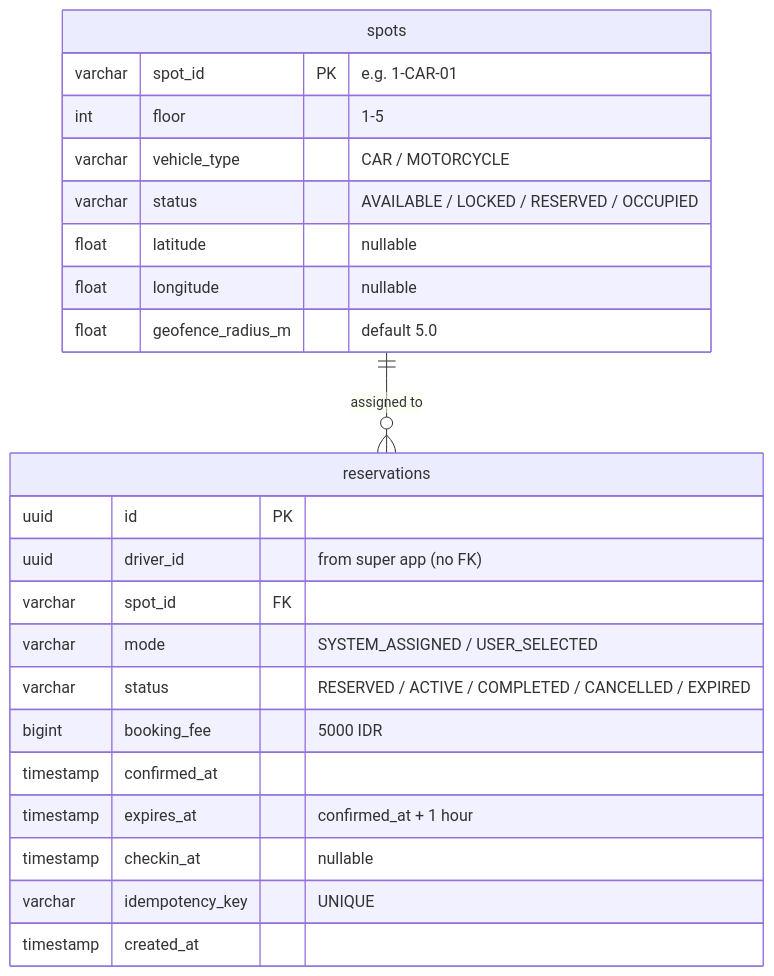
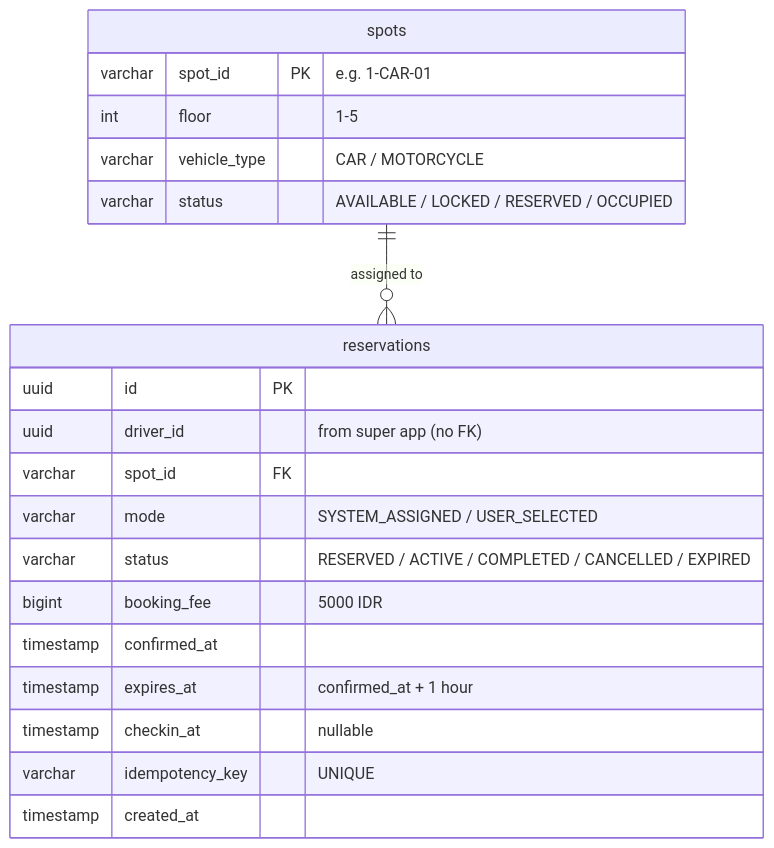
One commit to ParkirPintar/parkir-pintar-backend changed diagram 20 of 23 in README.md. Above: the diagram before and after it, drawn with Mermaid. The commit also changed other lines of this file and 28 other files, not shown here.

````diff
--- a/README.md
+++ b/README.md
@@ -1383,28 +1404,25 @@
 ```mermaid
 erDiagram
     spots {
         varchar spot_id PK "e.g. 1-CAR-01"
         int floor "1-5"
         varchar vehicle_type "CAR / MOTORCYCLE"
         varchar status "AVAILABLE / LOCKED / RESERVED / OCCUPIED"
-        float latitude "nullable"
-        float longitude "nullable"
-        float geofence_radius_m "default 5.0"
     }
 
     reservations {
         uuid id PK
         uuid driver_id "from super app (no FK)"
         varchar spot_id FK
         varchar mode "SYSTEM_ASSIGNED / USER_SELECTED"
         varchar status "RESERVED / ACTIVE / COMPLETED / CANCELLED / EXPIRED"
         bigint booking_fee "5000 IDR"
         timestamp confirmed_at
         timestamp expires_at "confirmed_at + 1 hour"
         timestamp checkin_at "nullable"
         varchar idempotency_key "UNIQUE"
         timestamp created_at
     }
 
     spots ||--o{ reservations : "assigned to"
 ```
````
